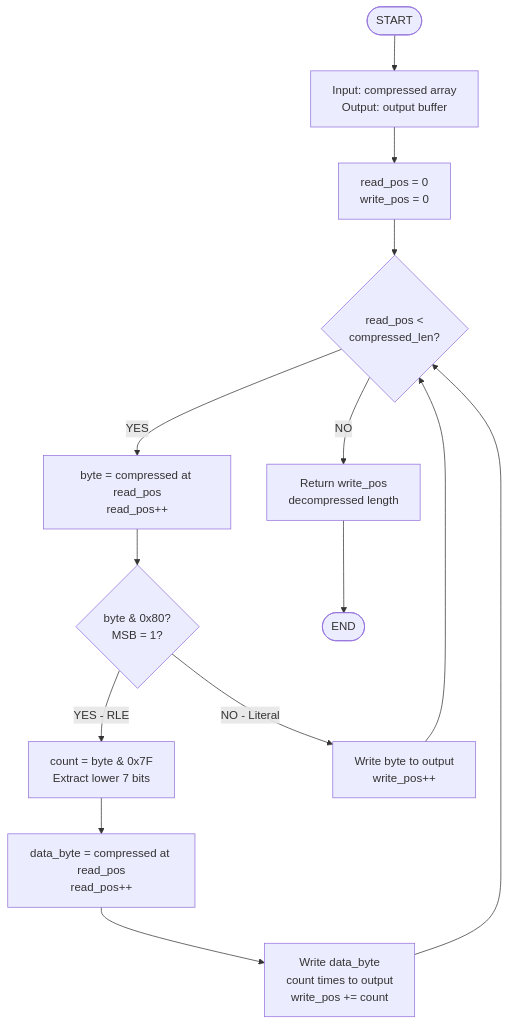
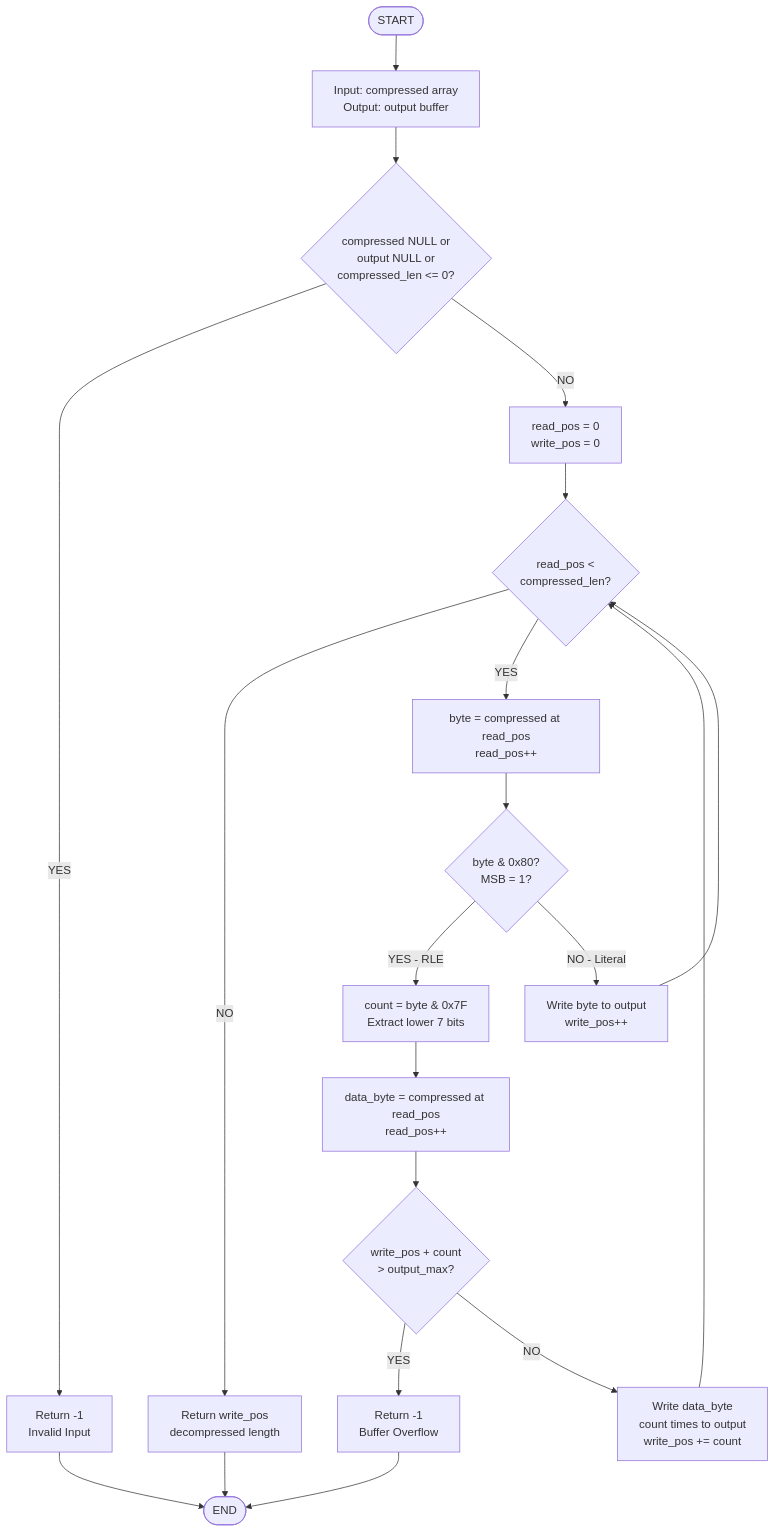
The second of 6 diagrams in FLOWCHART_MERMAID.md (ngvanhak49/simple_compress), drawn with Mermaid before and after one commit. The commit also changed other lines of this file and 2 other files, not shown here.

````diff
--- a/FLOWCHART_MERMAID.md
+++ b/FLOWCHART_MERMAID.md
@@ -27,16 +27,22 @@
 ```mermaid
 flowchart TD
     Start([START]) --> Input[Input: compressed array<br/>Output: output buffer]
-    Input --> Init[read_pos = 0<br/>write_pos = 0]
+    Input --> CheckNull{compressed NULL or<br/>output NULL or<br/>compressed_len <= 0?}
+    CheckNull -->|YES| ErrorNull[Return -1<br/>Invalid Input]
+    CheckNull -->|NO| Init[read_pos = 0<br/>write_pos = 0]
     Init --> Loop{read_pos <<br/>compressed_len?}
     Loop -->|NO| Return[Return write_pos<br/>decompressed length]
     Loop -->|YES| ReadByte[byte = compressed at read_pos<br/>read_pos++]
     ReadByte --> CheckMSB{byte & 0x80?<br/>MSB = 1?}
     CheckMSB -->|YES - RLE| ExtractCount[count = byte & 0x7F<br/>Extract lower 7 bits]
     CheckMSB -->|NO - Literal| WriteLiteral[Write byte to output<br/>write_pos++]
     ExtractCount --> ReadData[data_byte = compressed at read_pos<br/>read_pos++]
-    ReadData --> WriteLoop[Write data_byte<br/>count times to output<br/>write_pos += count]
+    ReadData --> CheckOverflow{write_pos + count<br/>> output_max?}
+    CheckOverflow -->|YES| ErrorOverflow[Return -1<br/>Buffer Overflow]
+    CheckOverflow -->|NO| WriteLoop[Write data_byte<br/>count times to output<br/>write_pos += count]
     WriteLoop --> Loop
     WriteLiteral --> Loop
     Return --> End([END])
+    ErrorNull --> End
+    ErrorOverflow --> End
 ```
````
